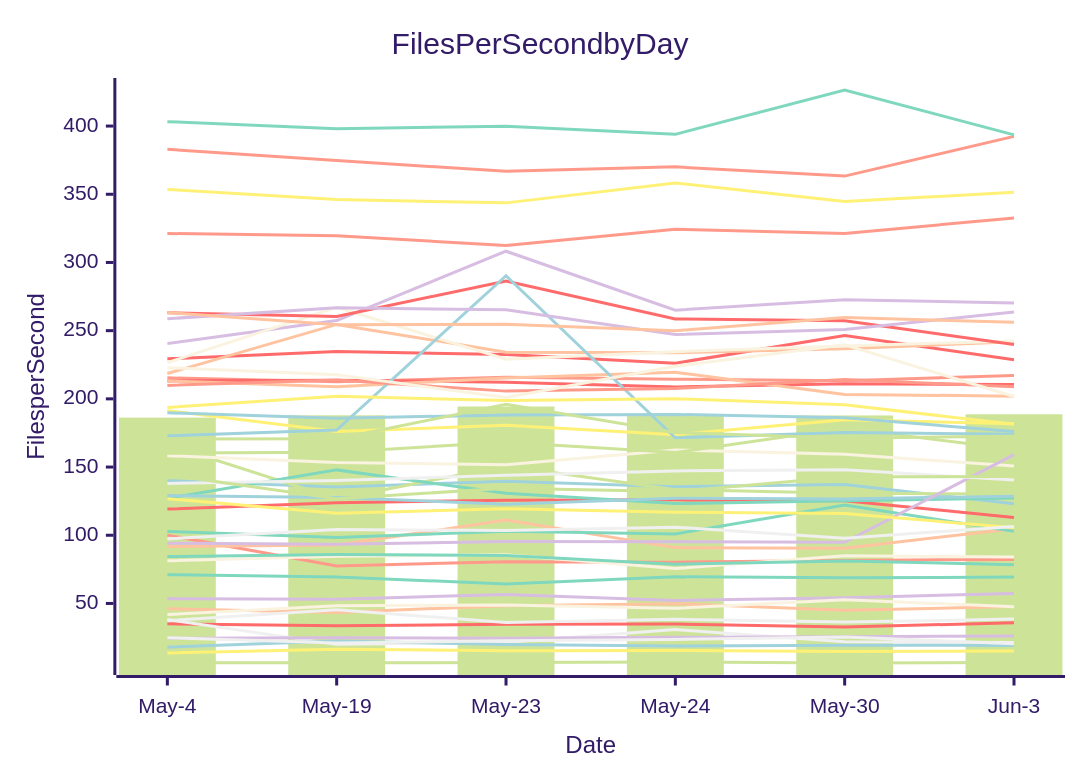
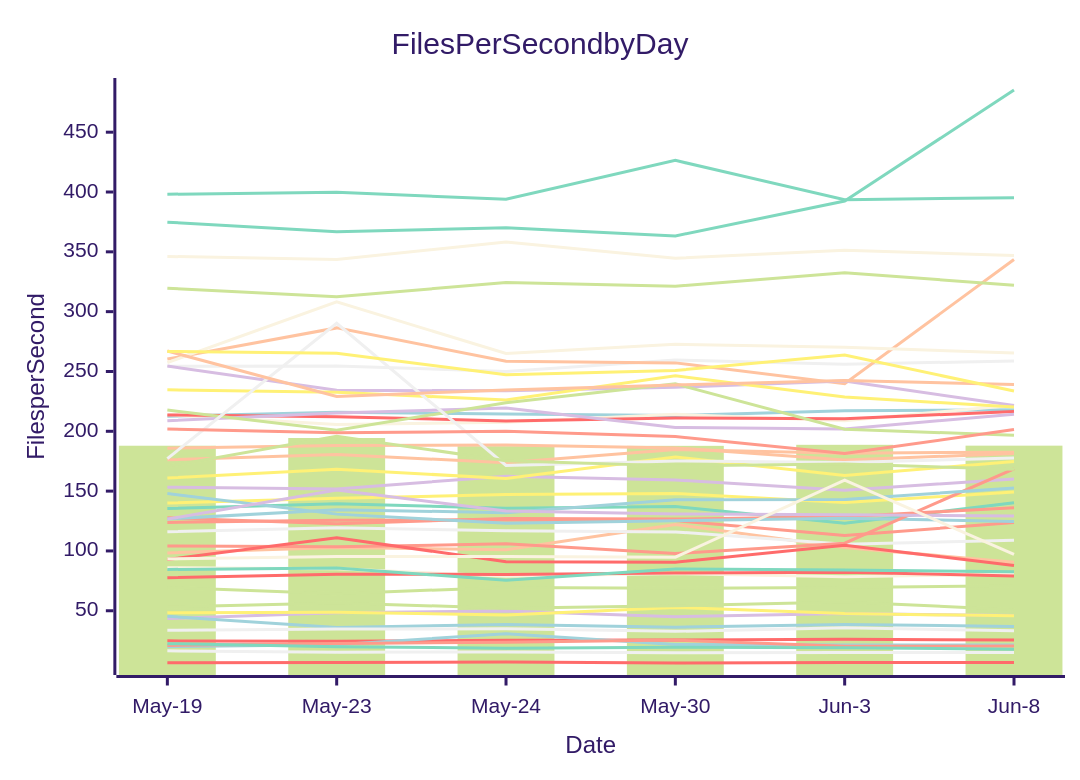
The diagram in perf-report.md (streetsidesoftware/cspell), drawn with Mermaid (forest theme) before and after one commit. The commit also changed other lines of this file and 2 other files, not shown here.

````diff
--- a/perf-report.md
+++ b/perf-report.md
@@ -11,57 +11,57 @@
 ```mermaid
 xychart-beta
     title Files Per Second by Day
     y-axis Files per Second
-    x-axis Date [May-4, May-19, May-23, May-24, May-30, Jun-3]
-    bar [186.25, 187.94, 194.38, 187.53, 187.84, 188.70]
-    line [35.07, 33.61, 34.69, 34.94, 32.78, 35.79]
-    line [140.01, 135.42, 139.50, 135.65, 137.15, 123.09]
-    line [53.38, 53.17, 56.48, 52.20, 54.24, 57.32]
-    line [38.18, 20.00, 21.53, 30.85, 21.86, 21.33]
-    line [46.04, 43.44, 48.37, 49.79, 45.03, 47.69]
-    line [71.11, 69.47, 64.25, 69.53, 68.78, 69.37]
-    line [100.08, 77.54, 80.59, 80.29, 81.53, 82.29]
-    line [81.26, 84.52, 85.73, 75.59, 84.88, 83.99]
-    line [191.37, 176.15, 180.59, 173.73, 184.72, 181.71]
-    line [166.55, 126.61, 150.87, 133.44, 130.84, 130.22]
-    line [119.17, 123.77, 125.73, 125.94, 125.35, 112.95]
-    line [17.95, 22.53, 19.87, 18.72, 19.42, 19.15]
-    line [24.56, 24.84, 24.48, 25.27, 25.51, 26.21]
-    line [24.93, 21.05, 22.73, 23.64, 25.47, 20.39]
-    line [91.75, 92.82, 111.10, 90.94, 90.56, 104.84]
-    line [102.79, 98.35, 102.96, 100.96, 122.12, 102.88]
-    line [382.99, 374.77, 366.83, 370.08, 363.31, 392.45]
-    line [158.32, 153.28, 151.73, 162.52, 159.30, 150.77]
-    line [13.72, 16.48, 15.39, 15.58, 14.86, 15.18]
-    line [6.46, 6.48, 6.70, 7.10, 6.34, 6.74]
-    line [229.32, 234.71, 232.57, 226.13, 246.49, 228.60]
-    line [189.78, 185.86, 188.16, 188.58, 186.13, 176.02]
-    line [240.52, 257.39, 308.24, 265.00, 272.73, 270.27]
-    line [37.38, 45.35, 36.07, 38.42, 36.32, 38.54]
-    line [218.55, 254.57, 234.26, 233.79, 236.78, 241.94]
-    line [127.00, 147.92, 130.77, 123.22, 125.33, 127.25]
-    line [215.39, 212.55, 215.84, 214.38, 213.29, 217.13]
-    line [226.51, 267.13, 229.05, 234.58, 238.79, 242.50]
-    line [353.58, 346.15, 343.69, 358.26, 344.65, 351.41]
-    line [160.29, 160.94, 168.26, 160.60, 178.51, 162.97]
-    line [213.17, 213.72, 212.23, 208.69, 211.05, 210.52]
-    line [129.13, 127.71, 122.71, 127.15, 126.61, 128.67]
-    line [94.12, 93.35, 95.34, 95.32, 94.79, 159.13]
-    line [138.03, 140.07, 144.01, 147.15, 148.03, 140.54]
-    line [213.15, 208.87, 215.23, 219.43, 203.27, 201.99]
-    line [84.38, 85.95, 85.08, 78.77, 81.14, 78.40]
-    line [321.24, 319.57, 312.48, 324.31, 321.30, 332.58]
-    line [41.81, 48.29, 48.86, 46.46, 52.80, 47.62]
-    line [126.81, 116.06, 119.43, 116.84, 115.92, 105.51]
-    line [144.52, 126.78, 134.48, 131.99, 142.83, 143.00]
-    line [263.11, 260.36, 286.42, 258.60, 257.18, 239.81]
-    line [172.93, 177.15, 290.28, 171.42, 175.26, 173.98]
-    line [258.73, 266.74, 265.26, 247.18, 250.86, 263.73]
-    line [97.37, 104.19, 103.43, 105.92, 97.87, 106.45]
-    line [263.28, 254.35, 254.61, 250.00, 259.58, 256.09]
-    line [403.25, 398.12, 399.78, 393.93, 426.44, 393.52]
-    line [209.84, 213.89, 205.67, 207.63, 214.21, 208.82]
-    line [222.86, 217.73, 200.96, 223.84, 239.63, 201.75]
-    line [193.68, 201.86, 198.76, 200.08, 195.61, 181.39]
-    line [170.59, 170.67, 195.94, 175.36, 171.10, 172.66]
+    x-axis Date [May-19, May-23, May-24, May-30, Jun-3, Jun-8]
+    bar [187.94, 194.38, 187.53, 187.84, 188.70, 188.00]
+    line [24.84, 24.48, 25.27, 25.51, 26.21, 25.47]
+    line [20.00, 21.53, 30.85, 21.86, 21.33, 21.33]
+    line [43.44, 48.37, 49.79, 45.03, 47.69, 46.03]
+    line [16.48, 15.39, 15.58, 14.86, 15.18, 15.03]
+    line [98.35, 102.96, 100.96, 122.12, 102.88, 90.57]
+    line [374.77, 366.83, 370.08, 363.31, 392.45, 485.26]
+    line [123.77, 125.73, 125.94, 125.35, 112.95, 123.69]
+    line [85.95, 85.08, 78.77, 81.14, 78.40, 80.54]
+    line [140.07, 144.01, 147.15, 148.03, 140.54, 149.18]
+    line [69.47, 64.25, 69.53, 68.78, 69.37, 70.98]
+    line [77.54, 80.59, 80.29, 81.53, 82.29, 79.09]
+    line [212.55, 215.84, 214.38, 213.29, 217.13, 217.94]
+    line [153.28, 151.73, 162.52, 159.30, 150.77, 160.22]
+    line [254.35, 254.61, 250.00, 259.58, 256.09, 258.81]
+    line [260.36, 286.42, 258.60, 257.18, 239.81, 343.59]
+    line [135.42, 139.50, 135.65, 137.15, 123.09, 140.24]
+    line [21.05, 22.73, 23.64, 25.47, 20.39, 20.46]
+    line [213.89, 205.67, 207.63, 214.21, 208.82, 221.86]
+    line [160.94, 168.26, 160.60, 178.51, 162.97, 174.81]
+    line [319.57, 312.48, 324.31, 321.30, 332.58, 322.13]
+    line [213.72, 212.23, 208.69, 211.05, 210.52, 216.55]
+    line [45.35, 36.07, 38.42, 36.32, 38.54, 36.92]
+    line [254.57, 234.26, 233.79, 236.78, 241.94, 221.57]
+    line [33.61, 34.69, 34.94, 32.78, 35.79, 33.20]
+    line [185.86, 188.16, 188.58, 186.13, 176.02, 181.41]
+    line [22.53, 19.87, 18.72, 19.42, 19.15, 17.91]
+    line [127.71, 122.71, 127.15, 126.61, 128.67, 136.04]
+    line [257.39, 308.24, 265.00, 272.73, 270.27, 265.46]
+    line [48.29, 48.86, 46.46, 52.80, 47.62, 45.75]
+    line [53.17, 56.48, 52.20, 54.24, 57.32, 50.91]
+    line [6.48, 6.70, 7.10, 6.34, 6.74, 6.72]
+    line [147.92, 130.77, 123.22, 125.33, 127.25, 124.71]
+    line [208.87, 215.23, 219.43, 203.27, 201.99, 214.27]
+    line [116.06, 119.43, 116.84, 115.92, 105.51, 108.88]
+    line [176.15, 180.59, 173.73, 184.72, 181.71, 182.56]
+    line [84.52, 85.73, 75.59, 84.88, 83.99, 82.60]
+    line [104.19, 103.43, 105.92, 97.87, 106.45, 168.66]
+    line [346.15, 343.69, 358.26, 344.65, 351.41, 346.93]
+    line [234.71, 232.57, 226.13, 246.49, 228.60, 220.37]
+    line [217.73, 200.96, 223.84, 239.63, 201.75, 196.68]
+    line [92.82, 111.10, 90.94, 90.56, 104.84, 87.77]
+    line [126.78, 134.48, 131.99, 142.83, 143.00, 152.67]
+    line [126.61, 150.87, 133.44, 130.84, 130.22, 129.23]
+    line [177.15, 290.28, 171.42, 175.26, 173.98, 177.63]
+    line [267.13, 229.05, 234.58, 238.79, 242.50, 239.20]
+    line [398.12, 399.78, 393.93, 426.44, 393.52, 395.27]
+    line [201.86, 198.76, 200.08, 195.61, 181.39, 201.44]
+    line [93.35, 95.34, 95.32, 94.79, 159.13, 97.06]
+    line [266.74, 265.26, 247.18, 250.86, 263.73, 233.63]
+    line [170.67, 195.94, 175.36, 171.10, 172.66, 168.33]
 ```
````
